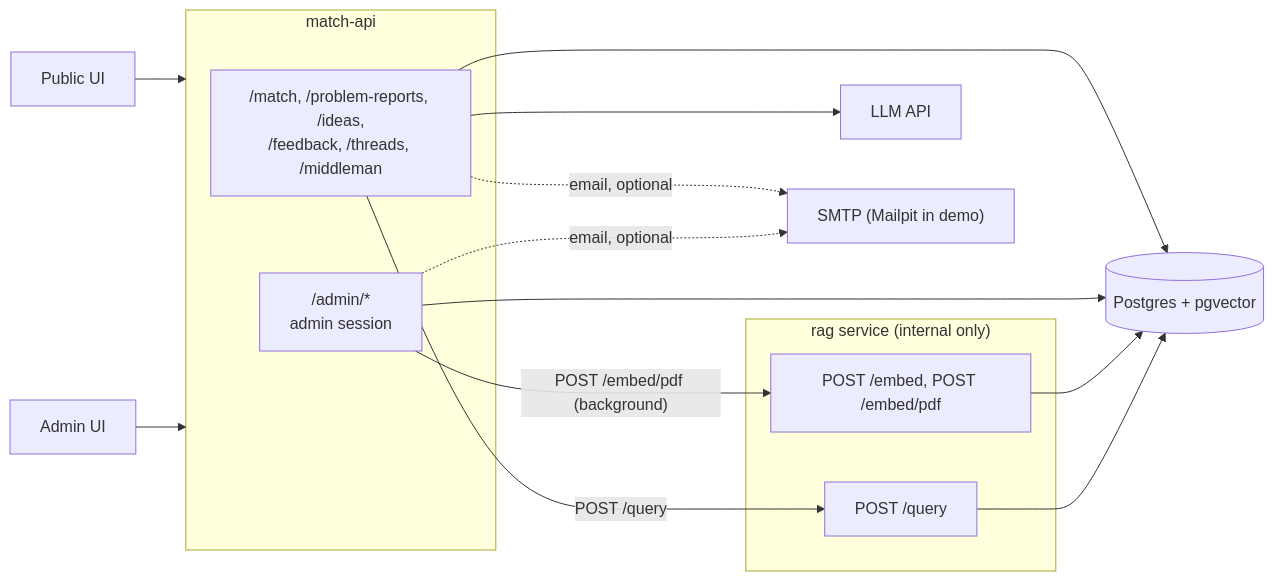
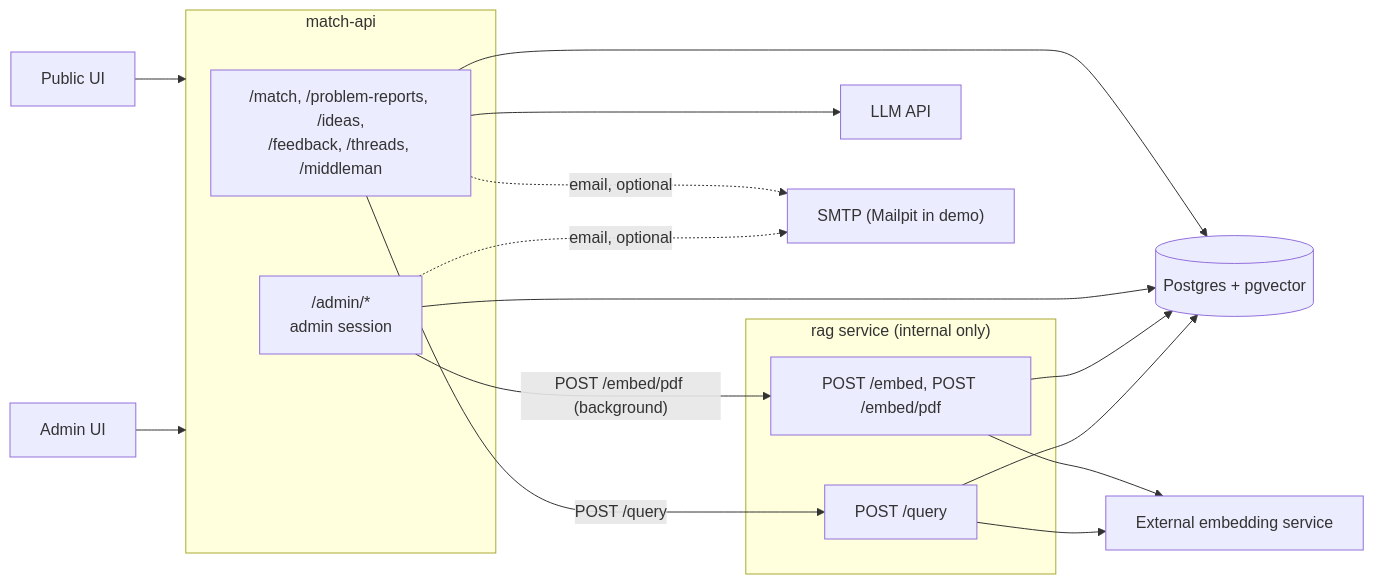
One commit to DziadBud/HackYeah2026 changed the first of 4 diagrams in documentation/backend/architecture.md. Above: the diagram before and after it, drawn with Mermaid. The commit also changed other lines of this file and 3 other files, not shown here.

Commit message:
feat(rag): update embedding service to use external embedding service and adjust architecture documentation

````diff
--- a/documentation/backend/architecture.md
+++ b/documentation/backend/architecture.md
@@ -15,26 +15,28 @@
 ```mermaid
 flowchart LR
     PUI[Public UI] --> API
     AUI[Admin UI] --> API
 
     subgraph API["match-api"]
         PUB["/match, /problem-reports, /ideas,<br/>/feedback, /threads, /middleman"]
         ADM["/admin/*<br/>admin session"]
     end
 
     subgraph RAG["rag service (internal only)"]
         EMBED["POST /embed, POST /embed/pdf"]
         QRY["POST /query"]
     end
 
     DB[("Postgres + pgvector")]
+    VEC[External embedding service]
     LLM[LLM API]
     SMTP["SMTP (Mailpit in demo)"]
 
     PUB & ADM --> DB
     PUB -- "POST /query" --> QRY
     ADM -- "POST /embed/pdf (background)" --> EMBED
     PUB --> LLM
+    EMBED & QRY --> VEC
     PUB & ADM -. "email, optional" .-> SMTP
     EMBED & QRY --> DB
 ```
````
